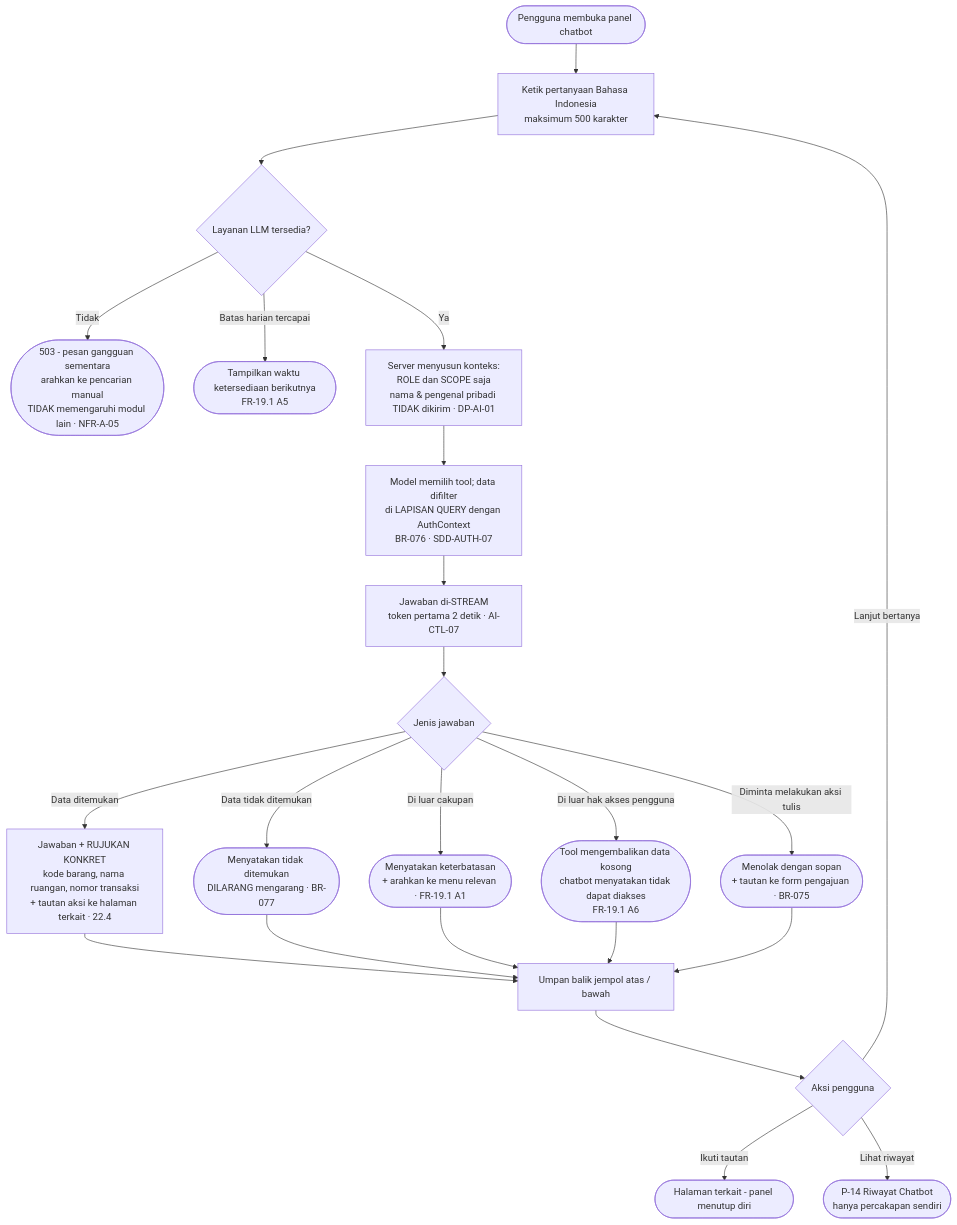
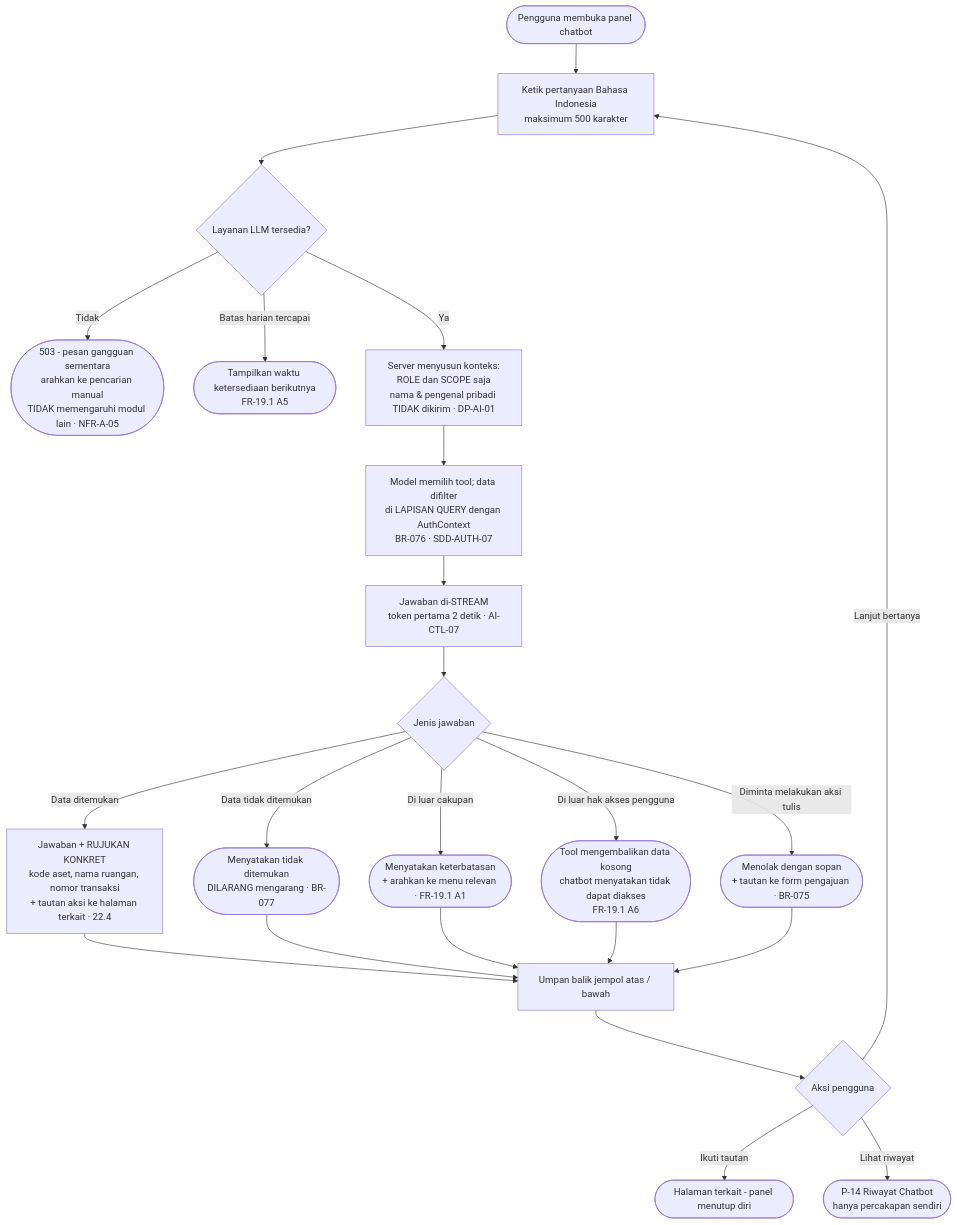
Before and after one commit to HanzzzBD/SIGM4: diagram 22 of 25 in docs/UX/USER-FLOWS.md, drawn with Mermaid. The commit also changed other lines of this file and 79 other files, not shown here.

````diff
--- a/docs/UX/USER-FLOWS.md
+++ b/docs/UX/USER-FLOWS.md
@@ -786,28 +788,28 @@
 ```mermaid
 flowchart TD
     A([Pengguna membuka panel chatbot]) --> B["Ketik pertanyaan Bahasa Indonesia<br/>maksimum 500 karakter"]
     B --> C{Layanan LLM tersedia?}
     C -->|Tidak| D(["503 - pesan gangguan sementara<br/>arahkan ke pencarian manual<br/>TIDAK memengaruhi modul lain · NFR-A-05"])
     C -->|"Batas harian tercapai"| E(["Tampilkan waktu ketersediaan berikutnya<br/>FR-19.1 A5"])
     C -->|Ya| F["Server menyusun konteks:<br/>ROLE dan SCOPE saja<br/>nama & pengenal pribadi TIDAK dikirim · DP-AI-01"]
 
     F --> G["Model memilih tool; data difilter<br/>di LAPISAN QUERY dengan AuthContext<br/>BR-076 · SDD-AUTH-07"]
     G --> H["Jawaban di-STREAM<br/>token pertama 2 detik · AI-CTL-07"]
     H --> I{Jenis jawaban}
 
-    I -->|"Data ditemukan"| J["Jawaban + RUJUKAN KONKRET<br/>kode barang, nama ruangan, nomor transaksi<br/>+ tautan aksi ke halaman terkait · 22.4"]
+    I -->|"Data ditemukan"| J["Jawaban + RUJUKAN KONKRET<br/>kode aset, nama ruangan, nomor transaksi<br/>+ tautan aksi ke halaman terkait · 22.4"]
     I -->|"Data tidak ditemukan"| K(["Menyatakan tidak ditemukan<br/>DILARANG mengarang · BR-077"])
     I -->|"Di luar cakupan"| L(["Menyatakan keterbatasan<br/>+ arahkan ke menu relevan · FR-19.1 A1"])
     I -->|"Di luar hak akses pengguna"| M(["Tool mengembalikan data kosong<br/>chatbot menyatakan tidak dapat diakses<br/>FR-19.1 A6"])
     I -->|"Diminta melakukan aksi tulis"| N(["Menolak dengan sopan<br/>+ tautan ke form pengajuan · BR-075"])
 
     J --> O["Umpan balik jempol atas / bawah"]
     K --> O
     L --> O
     M --> O
     N --> O
     O --> P{Aksi pengguna}
     P -->|"Ikuti tautan"| Q(["Halaman terkait - panel menutup diri"])
     P -->|"Lanjut bertanya"| B
     P -->|"Lihat riwayat"| R(["P-14 Riwayat Chatbot<br/>hanya percakapan sendiri"])
 ```
````
